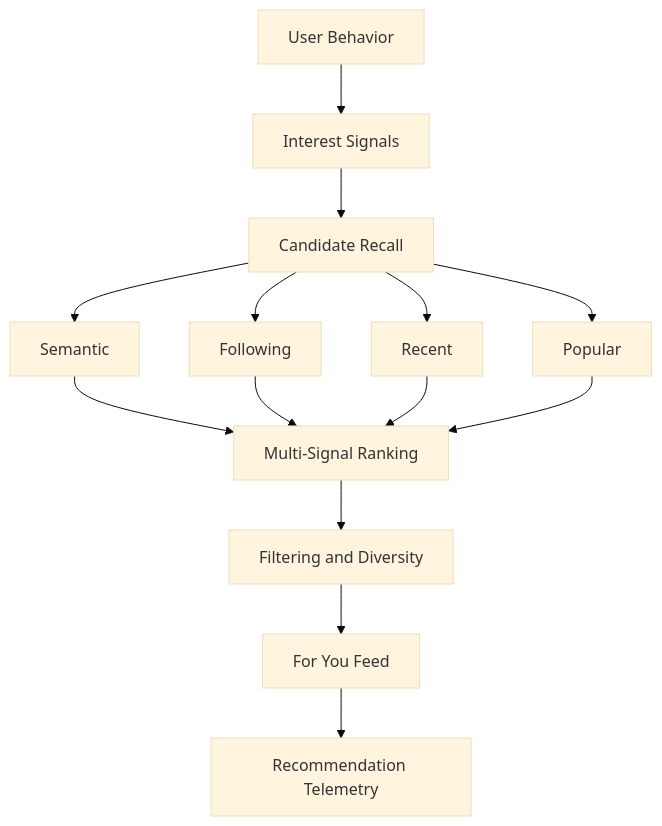
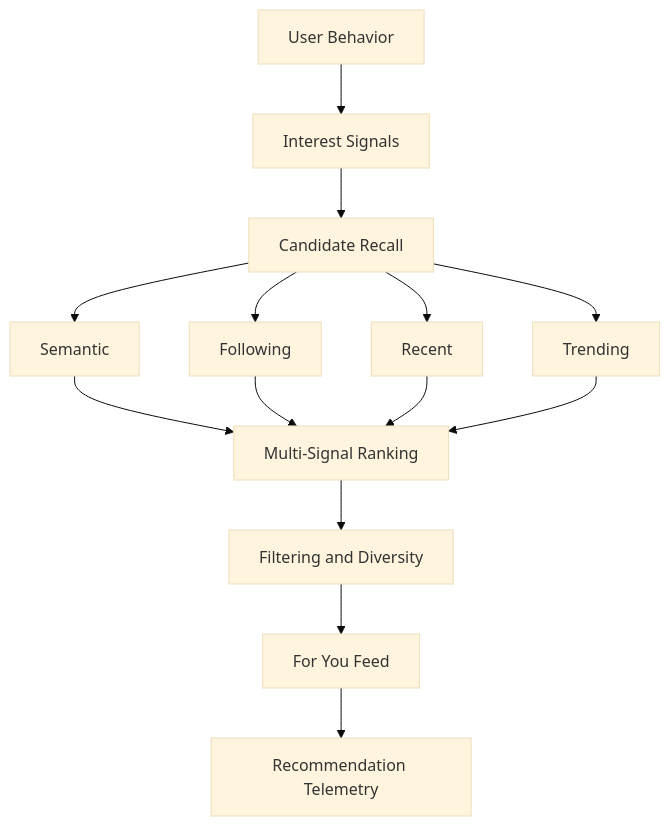
The first of 2 diagrams in README.md (cc483858939-ops/exchange-platform), drawn with Mermaid (base theme) before and after one commit. The commit also changed other lines of this file and 22 other files, not shown here.

````diff
--- a/README.md
+++ b/README.md
@@ -32,16 +32,16 @@
 ```mermaid
 flowchart TD
     A[User Behavior] --> B[Interest Signals]
     B --> C[Candidate Recall]
     C --> C1[Semantic]
     C --> C2[Following]
     C --> C3[Recent]
-    C --> C4[Popular]
+    C --> C4[Trending]
     C1 --> D[Multi-Signal Ranking]
     C2 --> D
     C3 --> D
     C4 --> D
     D --> E[Filtering and Diversity]
     E --> F[For You Feed]
     F --> G[Recommendation Telemetry]
 ```
````
